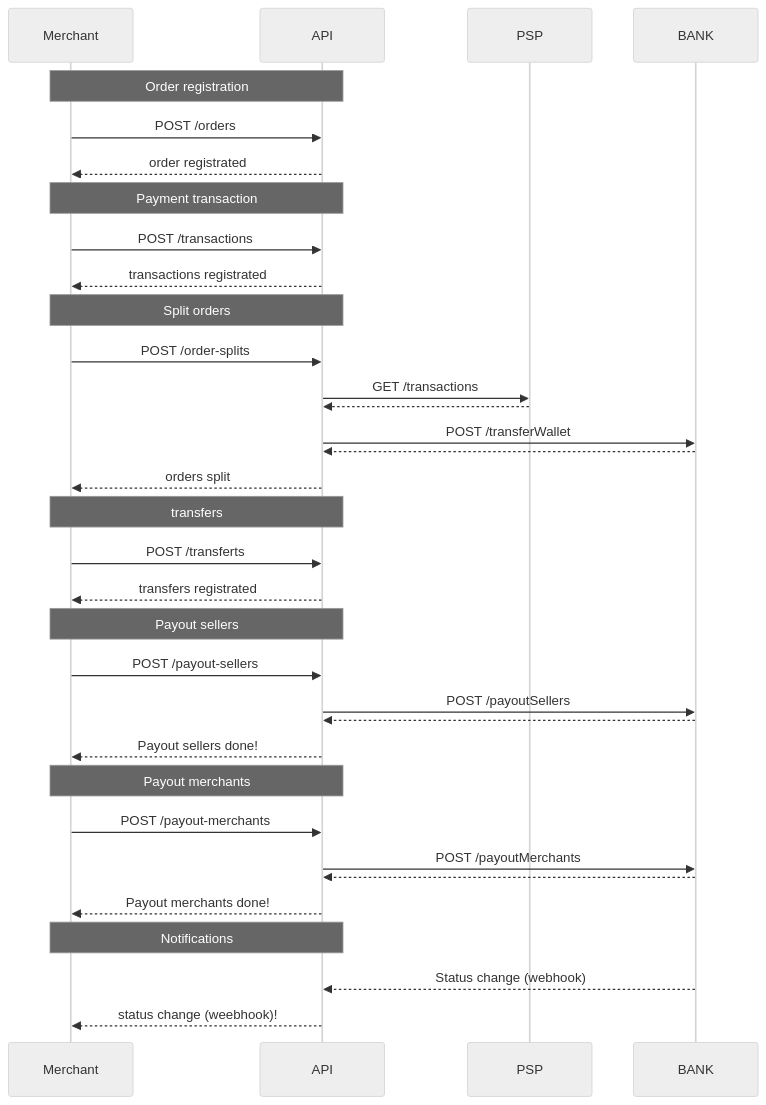
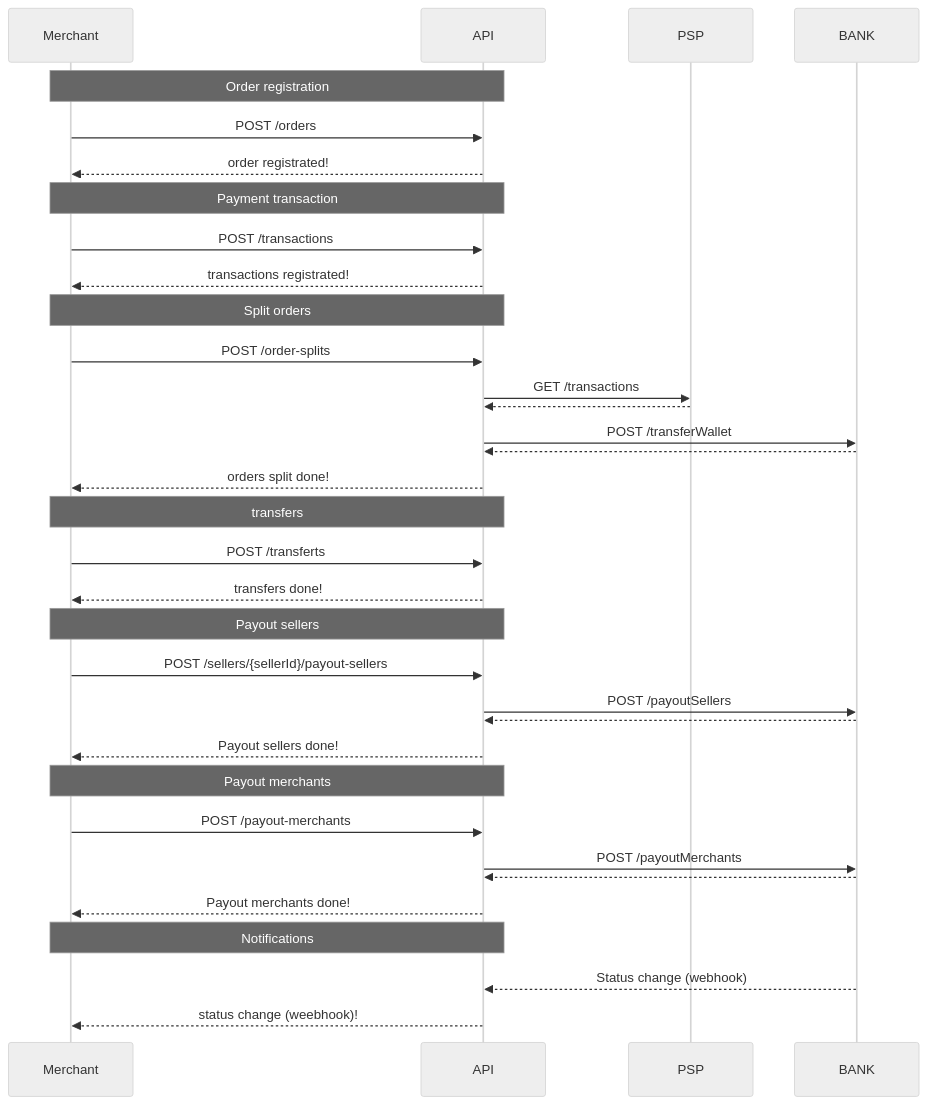
The diagram in api-reference/marketplace-services-api/uat-api-for-partners.md (scalexpert/documentation), drawn with Mermaid (neutral theme) before and after one commit.

Commit message:
GITBOOK-614: No subject

````diff
--- a/api-reference/marketplace-services-api/uat-api-for-partners.md
+++ b/api-reference/marketplace-services-api/uat-api-for-partners.md
@@ -19,32 +19,32 @@
 ```mermaid
 sequenceDiagram
 note over Merchant,API: Order registration
 Merchant->>API: POST #47;orders
-API-->> Merchant: order registrated
+API-->> Merchant: order registrated!
 note over Merchant,API: Payment transaction
 Merchant->>API: POST #47;transactions
-API-->> Merchant: transactions registrated 
+API-->> Merchant: transactions registrated! 
 note over Merchant,API: Split orders
 Merchant->>API: POST #47;order-splits
 API->>PSP: GET #47;transactions
 PSP-->>API: 
 API->>BANK: POST #47;transferWallet
 BANK-->>API: 
-API-->> Merchant: orders split 
+API-->> Merchant: orders split done! 
 note over Merchant,API: transfers
 Merchant->>API: POST #47;transferts
-API-->> Merchant: transfers registrated
+API-->> Merchant: transfers done!
 note over Merchant,API: Payout sellers
-Merchant->>API: POST #47;payout-sellers
+Merchant->>API: POST #47;sellers#47;{sellerId}#47;payout-sellers
 API->>BANK: POST #47;payoutSellers
 BANK-->>API: 
 API-->> Merchant: Payout sellers done! 
 note over Merchant,API: Payout merchants
 Merchant->>API: POST #47;payout-merchants
 API->>BANK: POST #47;payoutMerchants
 BANK-->>API: 
 API-->> Merchant: Payout merchants done!    
 note over Merchant,API: Notifications
 BANK-->>API: Status change (webhook)
 API-->> Merchant: status change (weebhook)! 
 ```
````
